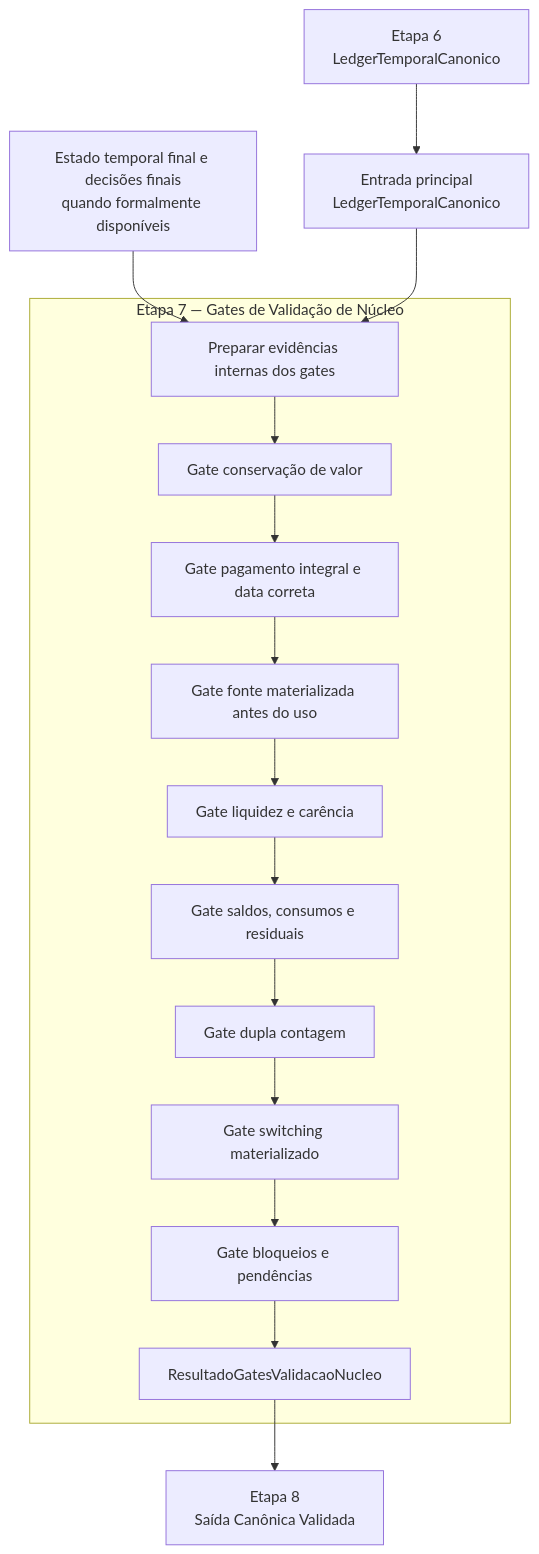
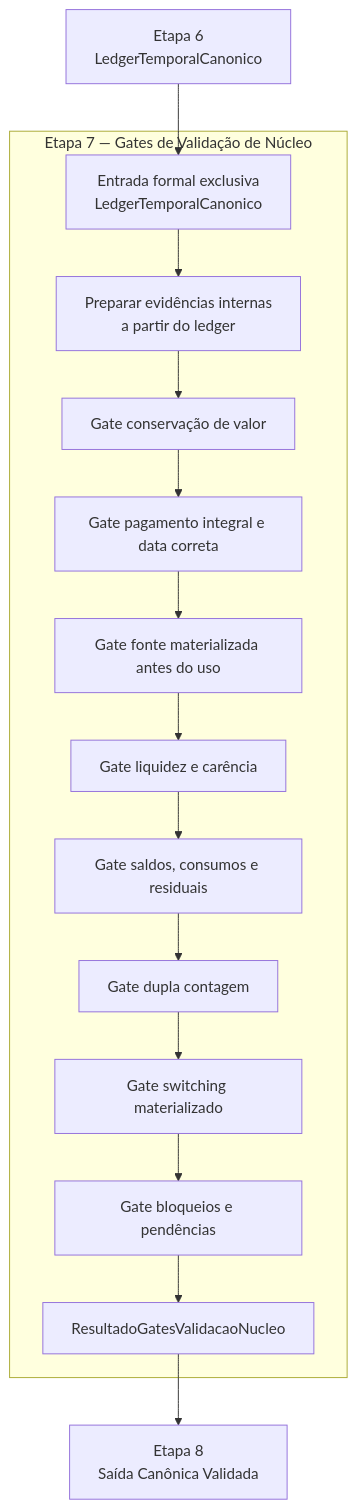
Before and after one commit to WevertonGomesCosta/payment-investment-allocation: the diagram in relatorios/principais/contratos_individuais/CONTRATO_ETAPA7_GATES_VALIDACAO_NUCLEO.md, drawn with Mermaid. The commit also changed other lines of this file, not shown here.

Commit message:
MACRO-ETAPA7-0A: ajusta exclusividade de entrada da etapa 7

````diff
--- a/relatorios/principais/contratos_individuais/CONTRATO_ETAPA7_GATES_VALIDACAO_NUCLEO.md
+++ b/relatorios/principais/contratos_individuais/CONTRATO_ETAPA7_GATES_VALIDACAO_NUCLEO.md
@@ -333,21 +340,19 @@
 ```mermaid
 flowchart TD
-    E6[Etapa 6<br/>LedgerTemporalCanonico] --> IN[Entrada principal<br/>LedgerTemporalCanonico]
-
-    AUX[Estado temporal final e decisões finais<br/>quando formalmente disponíveis] --> G0
-    IN --> G0[Preparar evidências internas dos gates]
+    E6[Etapa 6<br/>LedgerTemporalCanonico] --> IN[Entrada formal exclusiva<br/>LedgerTemporalCanonico]
 
     subgraph E7[Etapa 7 — Gates de Validação de Núcleo]
+        IN --> G0[Preparar evidências internas<br/>a partir do ledger]
         G0 --> G1[Gate conservação de valor]
         G1 --> G2[Gate pagamento integral e data correta]
         G2 --> G3[Gate fonte materializada antes do uso]
         G3 --> G4[Gate liquidez e carência]
         G4 --> G5[Gate saldos, consumos e residuais]
         G5 --> G6[Gate dupla contagem]
         G6 --> G7[Gate switching materializado]
         G7 --> G8[Gate bloqueios e pendências]
         G8 --> OUT[ResultadoGatesValidacaoNucleo]
     end
 
     OUT --> E8[Etapa 8<br/>Saída Canônica Validada]
 ```
````
